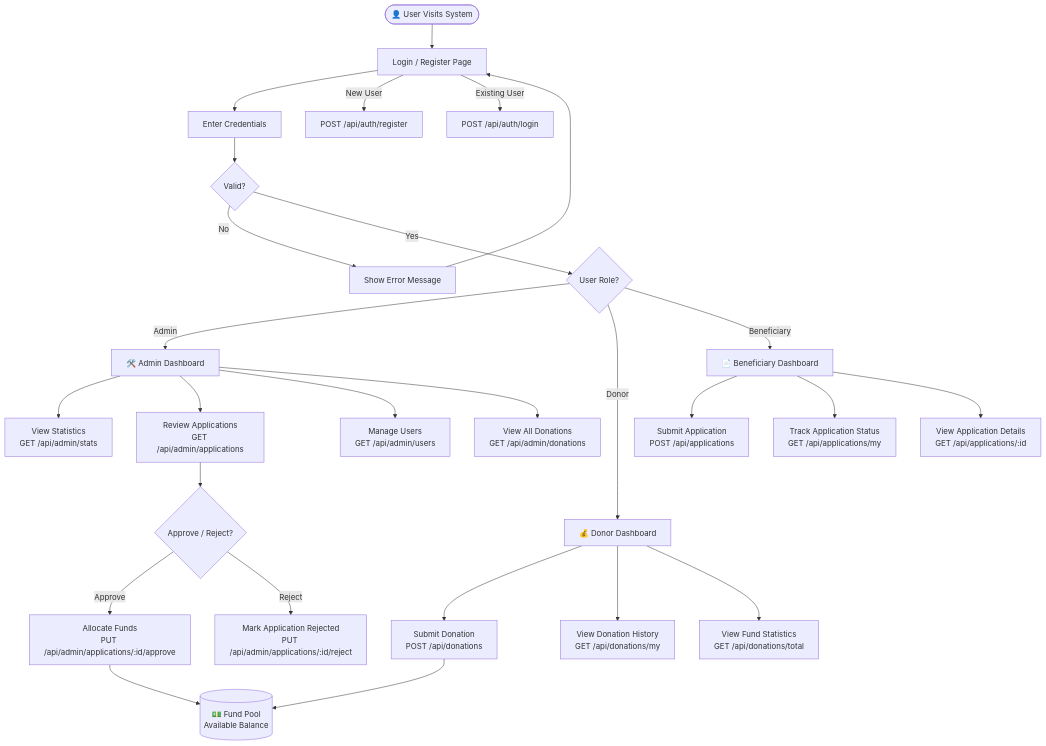
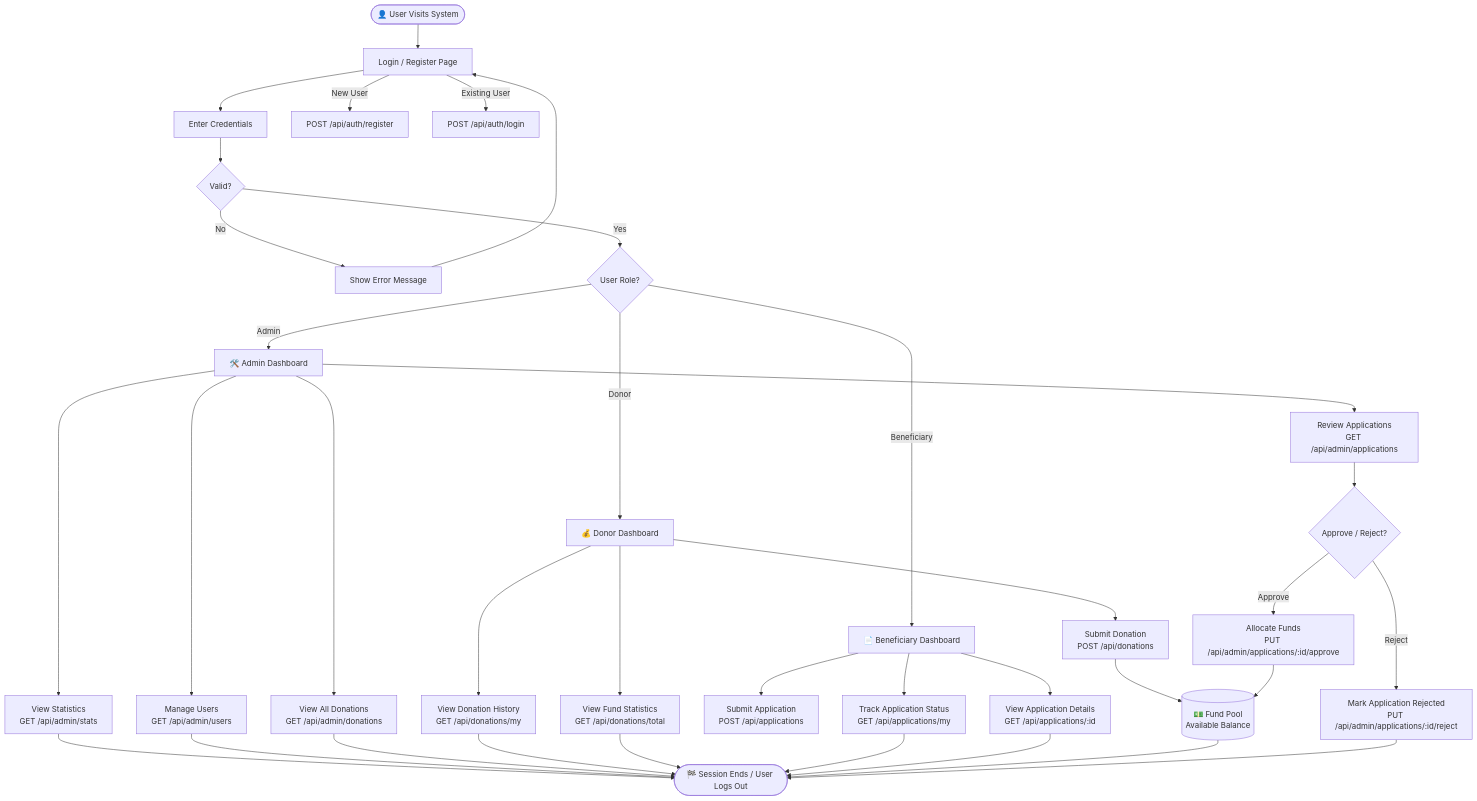
One commit to erabdurrahman/financial_resourse_managment_for_social-_wlefare changed the first of 8 diagrams in docs/flow-diagram.md. Above: the diagram before and after it, drawn with Mermaid. The commit also changed other lines of this file, not shown here.

First line of the commit message:
Add end terminal nodes to all flow diagrams in docs/flow-diagram.md

````diff
--- a/docs/flow-diagram.md
+++ b/docs/flow-diagram.md
@@ -11,36 +11,46 @@
 ```mermaid
 flowchart TD
     User([👤 User Visits System]) --> Login[Login / Register Page]
     Login --> Creds[Enter Credentials]
     Creds --> Verify{Valid?}
     Verify -- No --> ErrMsg[Show Error Message]
     ErrMsg --> Login
     Verify -- Yes --> Role{User Role?}
 
     Login -->|New User| RegEndpoint["POST /api/auth/register"]
     Login -->|Existing User| LoginEndpoint["POST /api/auth/login"]
 
     Role -- Admin --> AdminDash[🛠️ Admin Dashboard]
     Role -- Donor --> DonorDash[💰 Donor Dashboard]
     Role -- Beneficiary --> BenefDash[📄 Beneficiary Dashboard]
 
     AdminDash --> A1["View Statistics\nGET /api/admin/stats"]
     AdminDash --> A2["Review Applications\nGET /api/admin/applications"]
     AdminDash --> A3["Manage Users\nGET /api/admin/users"]
     AdminDash --> A4["View All Donations\nGET /api/admin/donations"]
 
     DonorDash --> D1["Submit Donation\nPOST /api/donations"]
     DonorDash --> D2["View Donation History\nGET /api/donations/my"]
     DonorDash --> D3["View Fund Statistics\nGET /api/donations/total"]
 
     BenefDash --> B1["Submit Application\nPOST /api/applications"]
     BenefDash --> B2["Track Application Status\nGET /api/applications/my"]
     BenefDash --> B3["View Application Details\nGET /api/applications/:id"]
 
     A2 --> Approve{Approve / Reject?}
     Approve -- Approve --> AllocFunds["Allocate Funds\nPUT /api/admin/applications/:id/approve"]
     Approve -- Reject --> RejectApp["Mark Application Rejected\nPUT /api/admin/applications/:id/reject"]
 
     D1 --> FundPool[(💵 Fund Pool\nAvailable Balance)]
     AllocFunds --> FundPool
+
+    A1 --> End([🏁 Session Ends / User Logs Out])
+    A3 --> End
+    A4 --> End
+    D2 --> End
+    D3 --> End
+    B2 --> End
+    B3 --> End
+    FundPool --> End
+    RejectApp --> End
 ```
````
